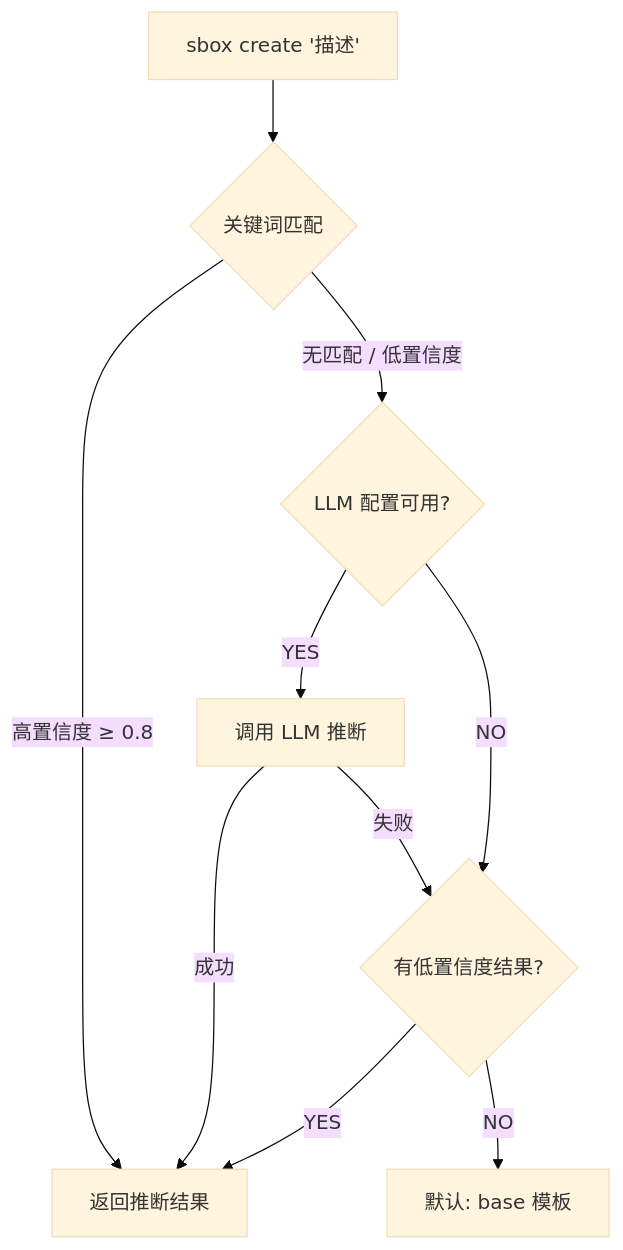
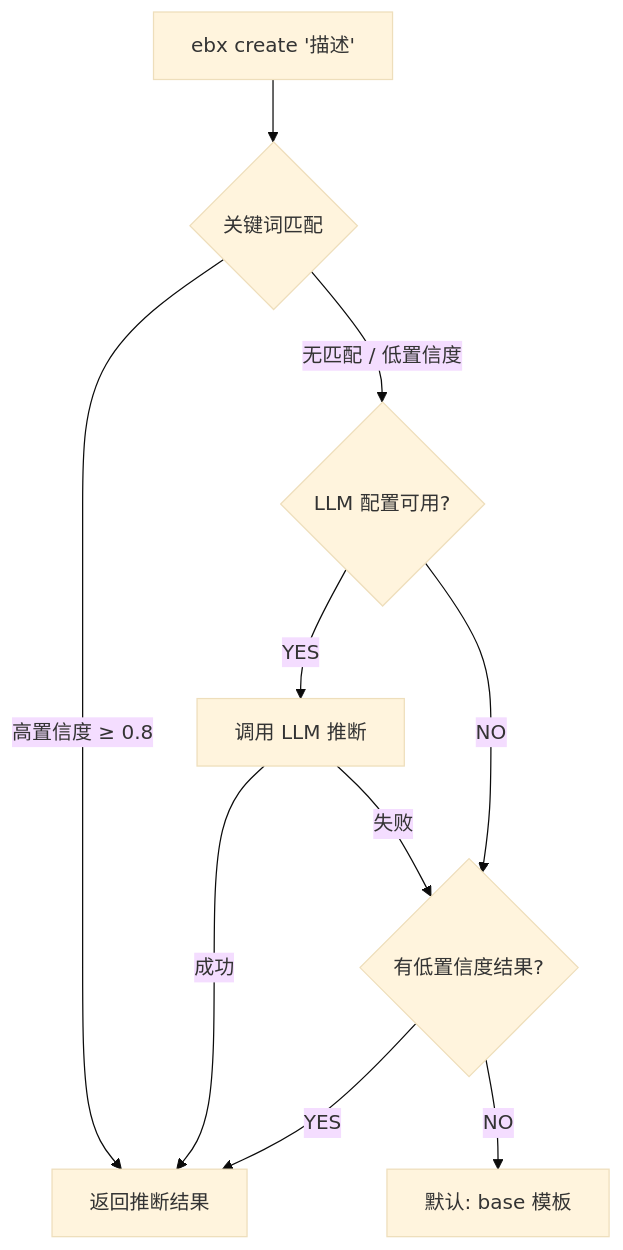
The diagram in docs/design/cli-design.md (Easy-Sandbox/easy-sandbox), drawn with Mermaid (base theme) before and after one commit. The commit also changed other lines of this file and 452 other files, not shown here.

````diff
--- a/docs/design/cli-design.md
+++ b/docs/design/cli-design.md
@@ -133,12 +134,12 @@
 ```mermaid
 graph TD
-    Input["sbox create '描述'"] --> KW{关键词匹配}
+    Input["ebx create '描述'"] --> KW{关键词匹配}
     KW -- "高置信度 ≥ 0.8" --> Done[返回推断结果]
     KW -- "无匹配 / 低置信度" --> LLM{LLM 配置可用?}
     LLM -- YES --> Call[调用 LLM 推断]
     Call -- 成功 --> Done
     Call -- 失败 --> Low{有低置信度结果?}
     LLM -- NO --> Low
     Low -- YES --> Done
     Low -- NO --> Default["默认: base 模板"]
 ```
````
